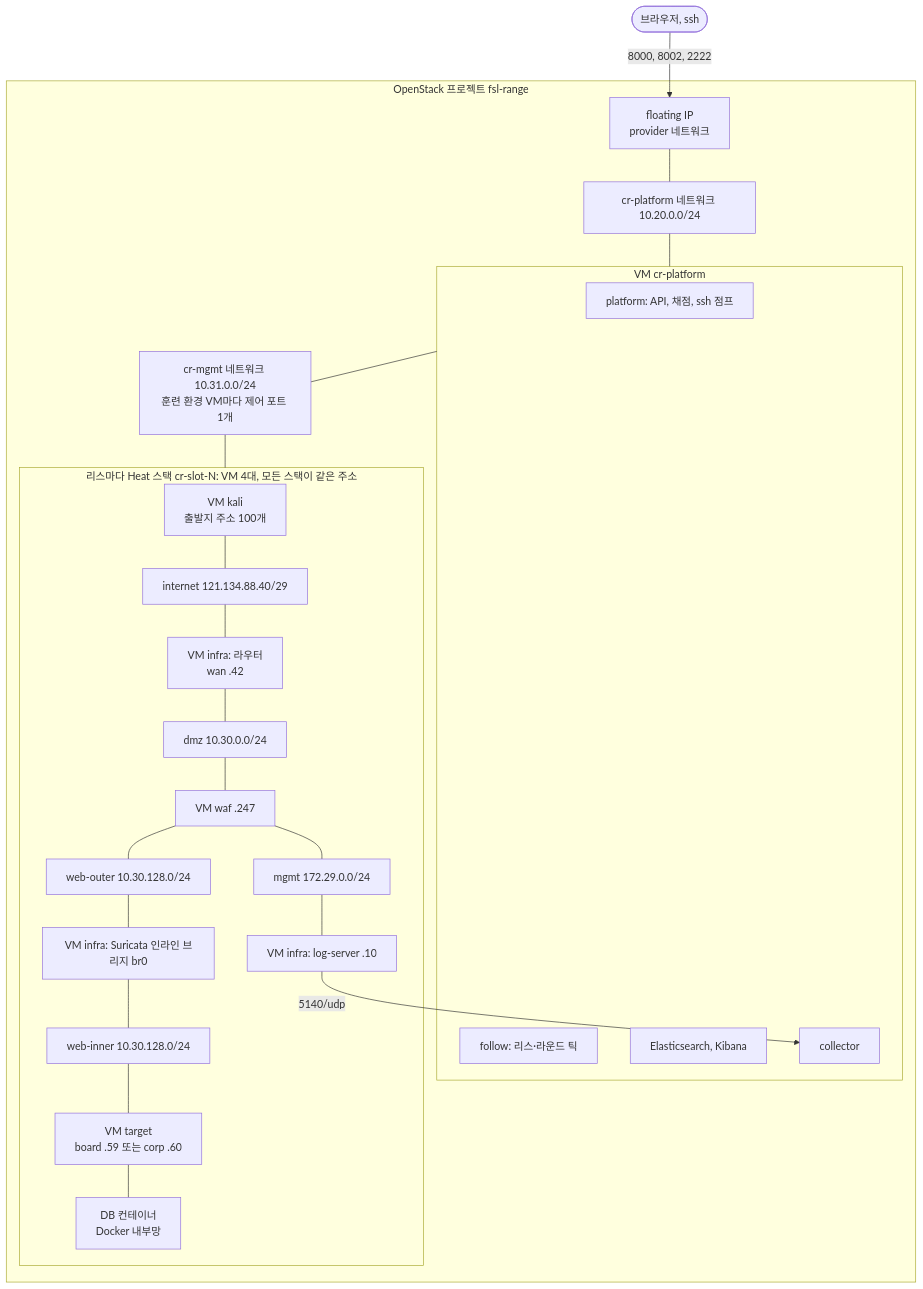
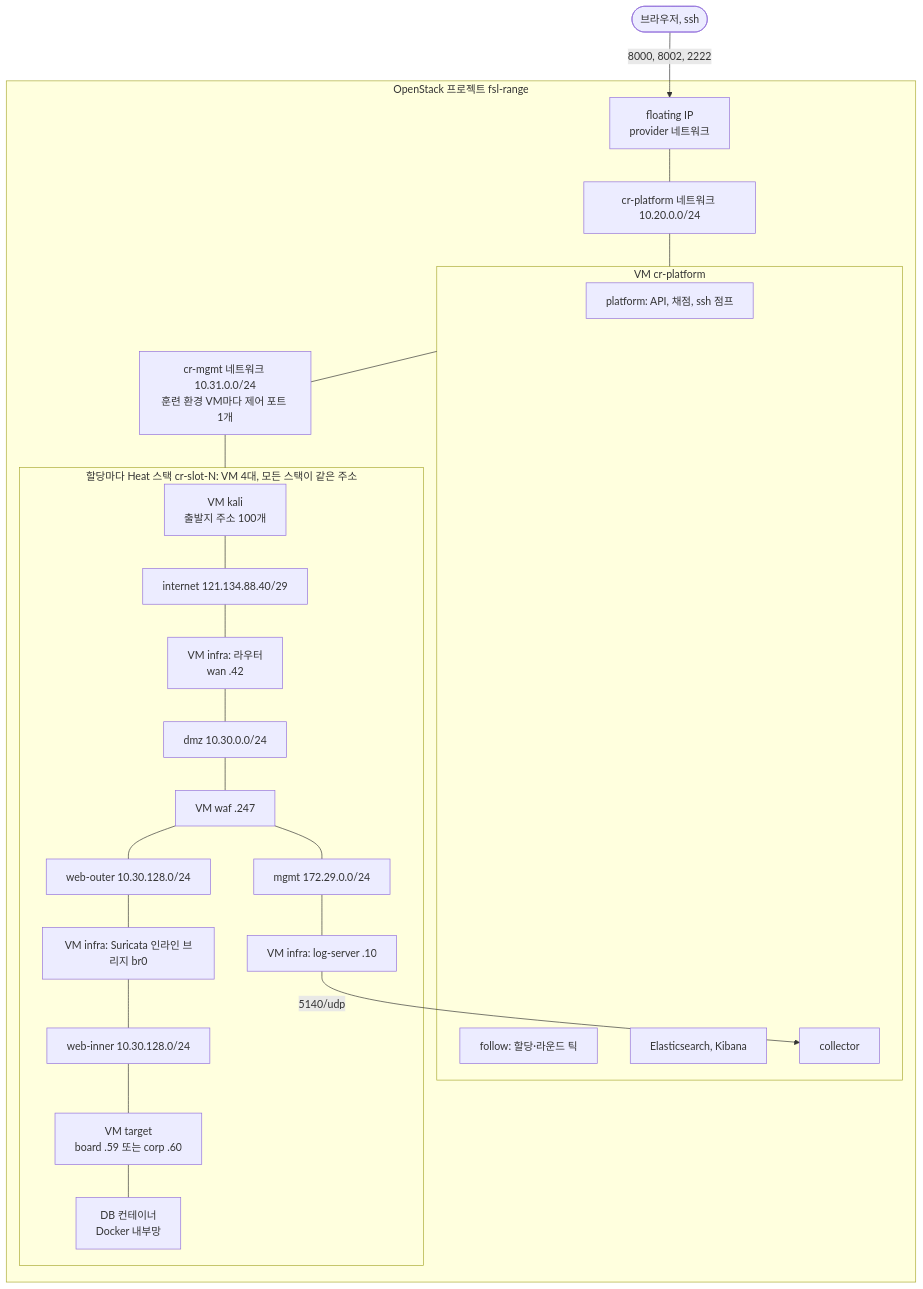
One commit to Nekonic/fsl-project-mvp changed the diagram in README.md. Above: the diagram before and after it, drawn with Mermaid. The commit also changed other lines of this file and 135 other files, not shown here.

````diff
--- a/README.md
+++ b/README.md
@@ -126,30 +126,30 @@
 ```mermaid
 flowchart TB
   user(["브라우저, ssh"]) -->|"8000, 8002, 2222"| fip["floating IP<br/>provider 네트워크"]
   subgraph os["OpenStack 프로젝트 fsl-range"]
     fip --- pnet["cr-platform 네트워크 10.20.0.0/24"]
     pnet --- pvm
     subgraph pvm["VM cr-platform"]
       platform["platform: API, 채점, ssh 점프"]
-      follow["follow: 리스·라운드 틱"]
+      follow["follow: 할당·라운드 틱"]
       elk["Elasticsearch, Kibana"]
       collector["collector"]
     end
     pvm --- mgmt["cr-mgmt 네트워크 10.31.0.0/24<br/>훈련 환경 VM마다 제어 포트 1개"]
     mgmt --- stack
-    subgraph stack["리스마다 Heat 스택 cr-slot-N: VM 4대, 모든 스택이 같은 주소"]
+    subgraph stack["할당마다 Heat 스택 cr-slot-N: VM 4대, 모든 스택이 같은 주소"]
       kali["VM kali<br/>출발지 주소 100개"] --- inet["internet 121.134.88.40/29"]
       inet --- edge["VM infra: 라우터<br/>wan .42"]
       edge --- dmz["dmz 10.30.0.0/24"]
       dmz --- waf["VM waf .247"]
       waf --- outer["web-outer 10.30.128.0/24"]
       outer --- ids["VM infra: Suricata 인라인 브리지 br0"]
       ids --- inner["web-inner 10.30.128.0/24"]
       inner --- target["VM target<br/>board .59 또는 corp .60"]
       target --- db["DB 컨테이너<br/>Docker 내부망"]
       waf --- smgmt["mgmt 172.29.0.0/24"]
       smgmt --- logsrv["VM infra: log-server .10"]
     end
     logsrv -->|"5140/udp"| collector
   end
 ```
````
